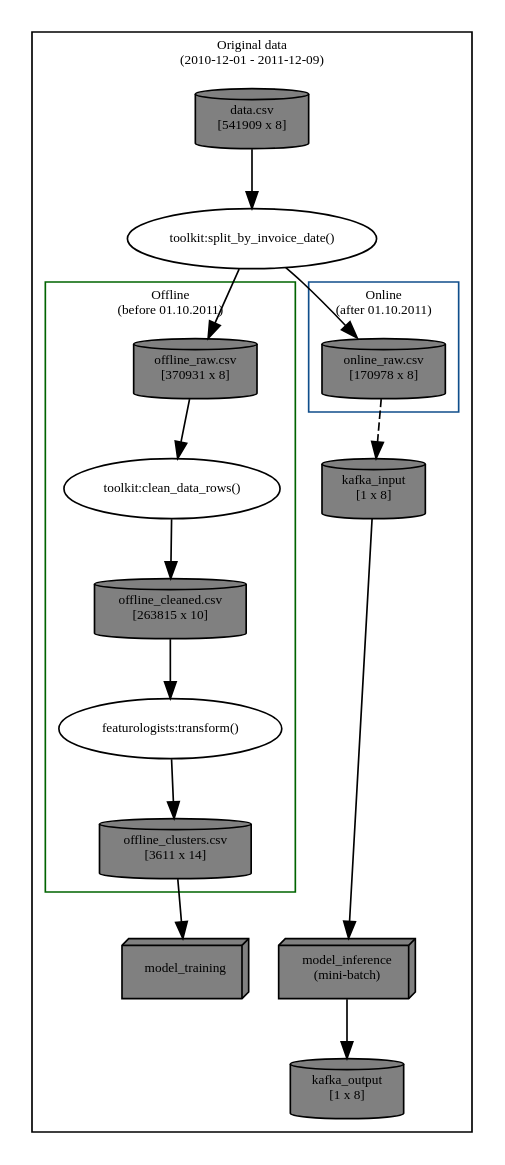
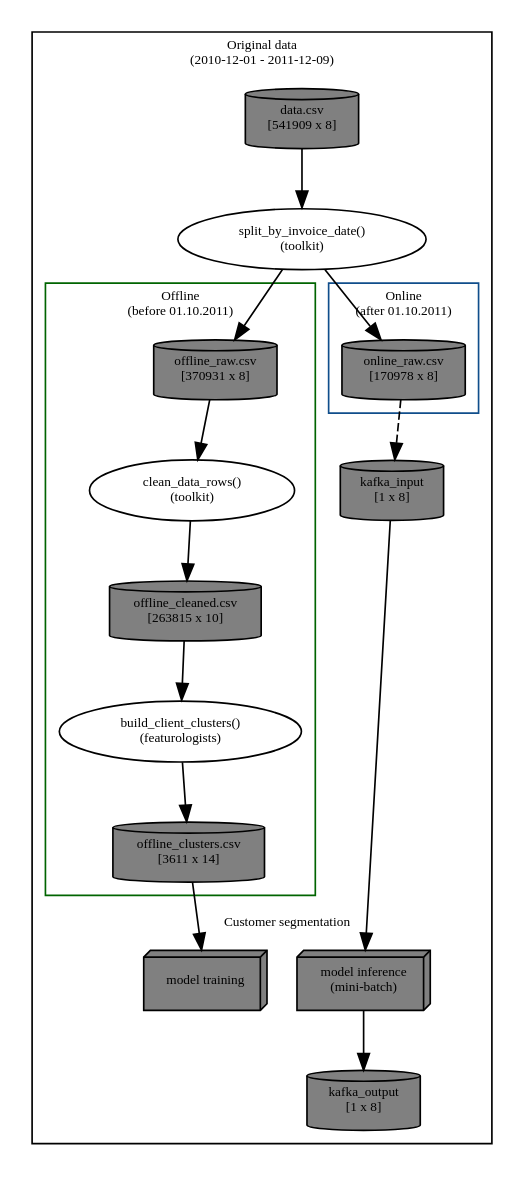
One commit to geewynn/Featurologists changed the diagram in resources/data-flows-diagram/diagram.dot. Above: the diagram before and after it, drawn with Graphviz. The commit also changed 17 other files, not shown here.

```diff
--- a/resources/data-flows-diagram/diagram.dot
+++ b/resources/data-flows-diagram/diagram.dot
@@ -1,59 +1,58 @@
-# rendered via: https://dreampuf.github.io/GraphvizOnline/
 
 digraph G {
 subgraph cluster_0 {
   label = "Original data\n(2010-12-01 - 2011-12-09)";
   fontsize=8;
   node [shape=cylinder; style=filled; fillcolor=gray; fontsize=8];
   edge [lblstyle="below, sloped"];#; fontsize=8; fontname="times bold"; fontcolor=firebrick3];
 
   data_csv [label="data.csv\n[541909 x 8]"];
-  t_split_by_invoice_date [label="toolkit:split_by_invoice_date()", shape=ellipse, fillcolor=white];
+  t_split_by_invoice_date [label="split_by_invoice_date()\n(toolkit)", shape=ellipse, fillcolor=white];
   kafka_input [label="kafka_input\n[1 x 8]", shape=cylinder];
 
   data_csv -> t_split_by_invoice_date -> {offline_raw, online_raw};
   online_raw -> kafka_input [style=dashed];
 
   kafka_input -> model_inference;
 
 
 
   subgraph cluster_1 {
     label="Offline\n(before 01.10.2011)";
     color=darkgreen;
 
     offline_raw  [label="offline_raw.csv\n[370931 x 8]"];
     offline_cleaned  [label="offline_cleaned.csv\n[263815 x 10]"];
     offline_clusters [label="offline_clusters.csv\n[3611 x 14]"];
-    t_clean_data_rows [label="toolkit:clean_data_rows()", shape=ellipse, fillcolor=white];
-    t_transform [label="featurologists:transform()", shape=ellipse, fillcolor=white];
+    t_clean_data_rows [label="clean_data_rows()\n(toolkit)", shape=ellipse, fillcolor=white];
+    t_transform [label="build_client_clusters()\n(featurologists)", shape=ellipse, fillcolor=white];
 
     offline_raw -> t_clean_data_rows -> offline_cleaned;
     offline_cleaned -> t_transform -> offline_clusters;
   }
 
   offline_clusters -> model_train;
 
 
 
 
   subgraph cluster_2 {
     label="Online\n(after 01.10.2011)";
     color=dodgerblue4;
 
     online_raw [label="online_raw.csv\n[170978 x 8]"];
 
 
   }
 
   subgraph cluster_3 {
-    label="";
+    label="Customer segmentation";
     penwidth=0;
-    model_inference [shape=box3d, label="model_inference\n(mini-batch)"]
-    model_train [shape=box3d, label="model_training"]
+    model_inference [shape=box3d, label="model inference\n(mini-batch)"]
+    model_train [shape=box3d, label="model training"]
   }
 
   kafka_output [label="kafka_output\n[1 x 8]", shape=cylinder];
   model_inference -> kafka_output;
 }
 }
```
